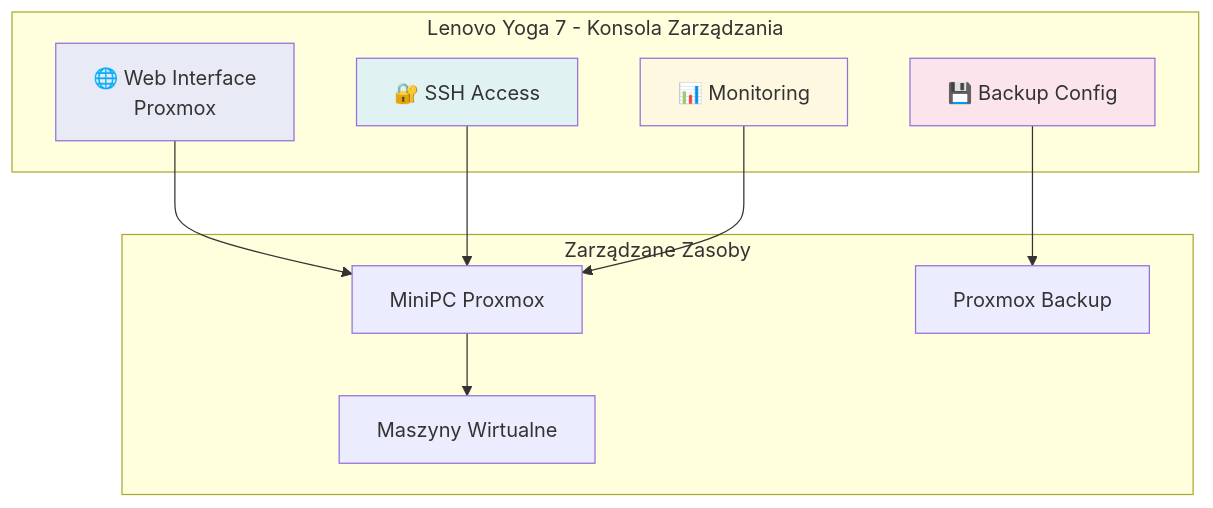
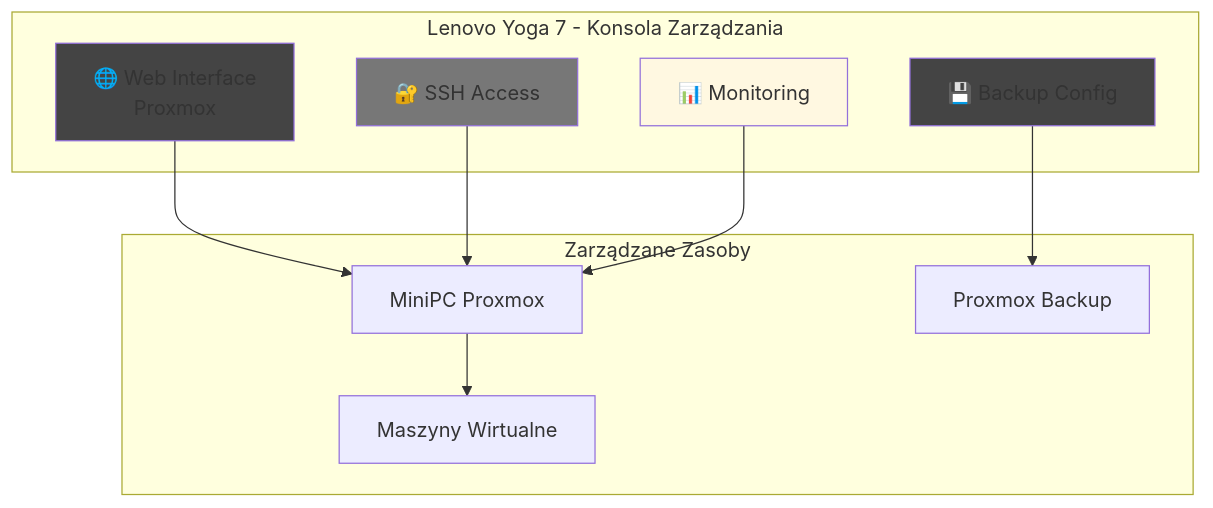
One commit to tom-sapletta-com/proxmox changed the sixth of 7 diagrams in README.md. Above: the diagram before and after it, drawn with Mermaid. The commit also changed other lines of this file, not shown here.

````diff
--- a/README.md
+++ b/README.md
@@ -274,26 +274,26 @@
 ```mermaid
 graph TB
     subgraph "Lenovo Yoga 7 - Konsola Zarządzania"
         WEB[🌐 Web Interface<br/>Proxmox]
         SSH[🔐 SSH Access]
         MON[📊 Monitoring]
         BACKUP[💾 Backup Config]
     end
     
     subgraph "Zarządzane Zasoby"
         MAIN[MiniPC Proxmox]
         BACK[Proxmox Backup]
         VMS[Maszyny Wirtualne]
     end
     
     WEB --> MAIN
     SSH --> MAIN
     MON --> MAIN
     BACKUP --> BACK
     MAIN --> VMS
     
-    style WEB fill:#e8eaf6
-    style SSH fill:#e0f2f1
+    style WEB fill:#444444
+    style SSH fill:#777777
     style MON fill:#fff8e1
-    style BACKUP fill:#fce4ec
+    style BACKUP fill:#444444
 ```
````
